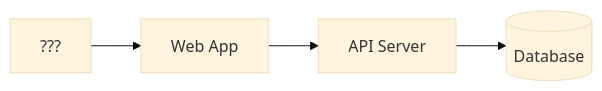
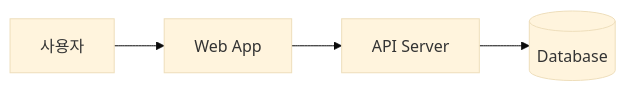
The diagram in docs/development/architecture.md (MacTechIN/dev_wiki), drawn with Mermaid (base theme) before and after one commit. The commit also changed other lines of this file and 24 other files, not shown here.

````diff
--- a/docs/development/architecture.md
+++ b/docs/development/architecture.md
@@ -21,6 +21,6 @@
 ```mermaid
 flowchart LR
-  User[???] --> Web[Web App]
+  User[사용자] --> Web[Web App]
   Web --> API[API Server]
   API --> DB[(Database)]
 ```
````
